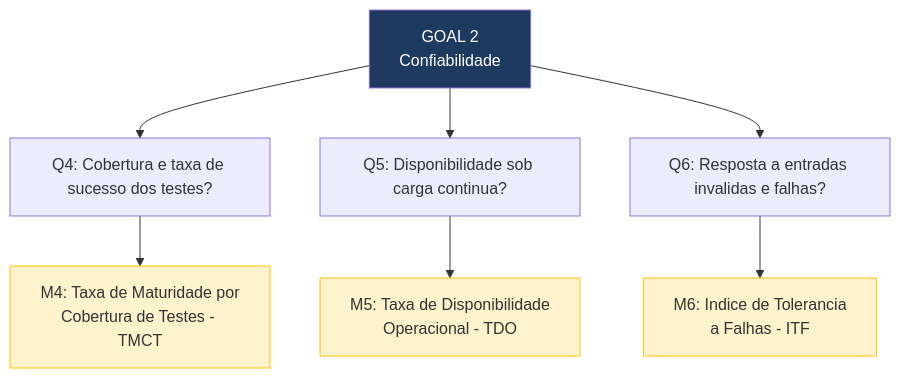
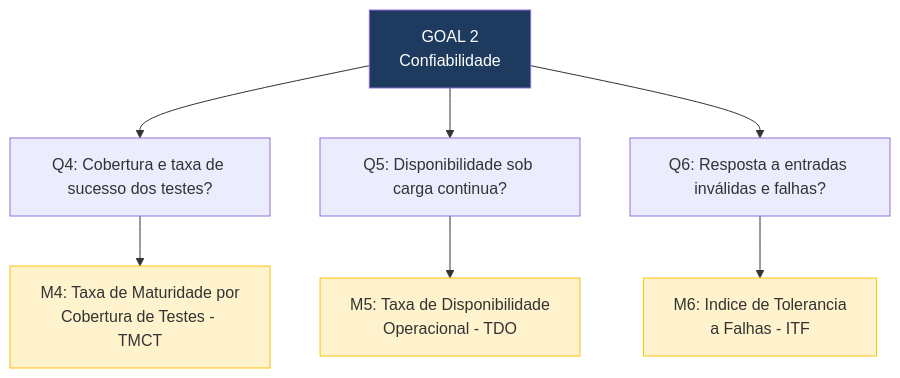
One commit to FCTE-Qualidade-de-Software-1/2026-1_T01_FRANS_BILAS changed the diagram in docs/fase2/confiabilidade.md. Above: the diagram before and after it, drawn with Mermaid. The commit also changed other lines of this file and 27 other files, not shown here.

````diff
--- a/docs/fase2/confiabilidade.md
+++ b/docs/fase2/confiabilidade.md
@@ -23,15 +23,15 @@
 ```mermaid
 graph TD
     G2["GOAL 2<br>Confiabilidade"]
     G2 --> Q4["Q4: Cobertura e taxa de sucesso dos testes?"]
     G2 --> Q5["Q5: Disponibilidade sob carga continua?"]
-    G2 --> Q6["Q6: Resposta a entradas invalidas e falhas?"]
+    G2 --> Q6["Q6: Resposta a entradas inválidas e falhas?"]
     Q4 --> M4["M4: Taxa de Maturidade por<br>Cobertura de Testes - TMCT"]
     Q5 --> M5["M5: Taxa de Disponibilidade<br>Operacional - TDO"]
     Q6 --> M6["M6: Indice de Tolerancia<br>a Falhas - ITF"]
 
     style G2 fill:#1E3A5F,color:#fff
     style M4 fill:#fff3cd,stroke:#ffc107
     style M5 fill:#fff3cd,stroke:#ffc107
     style M6 fill:#fff3cd,stroke:#ffc107
 ```
````
